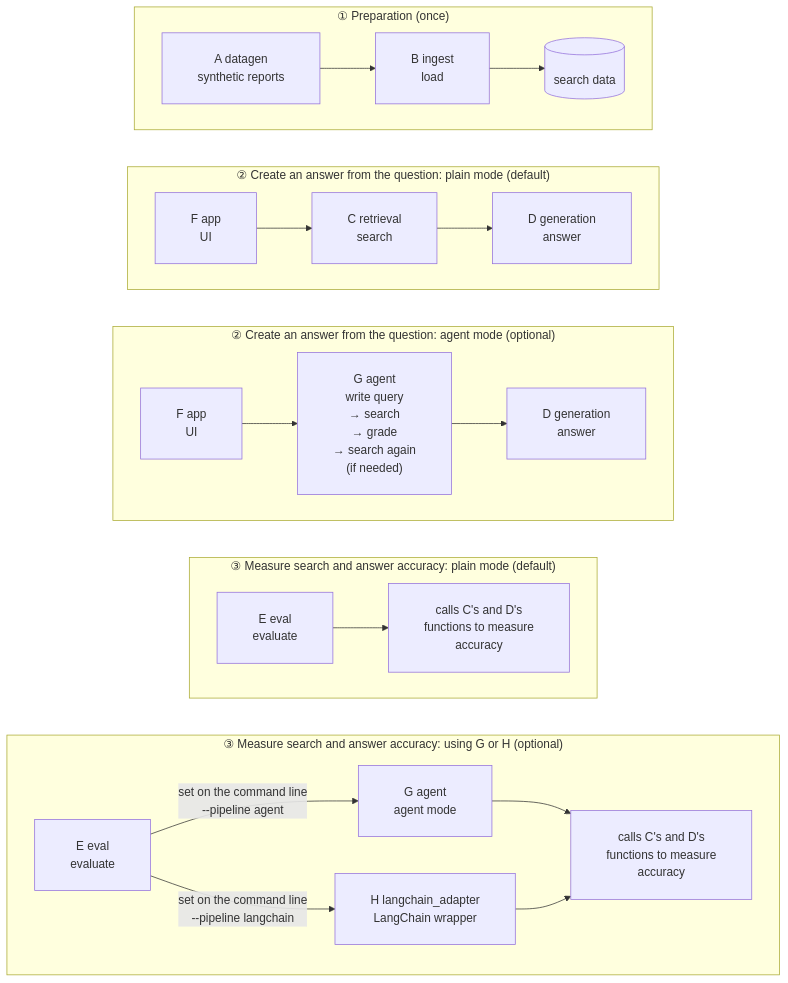
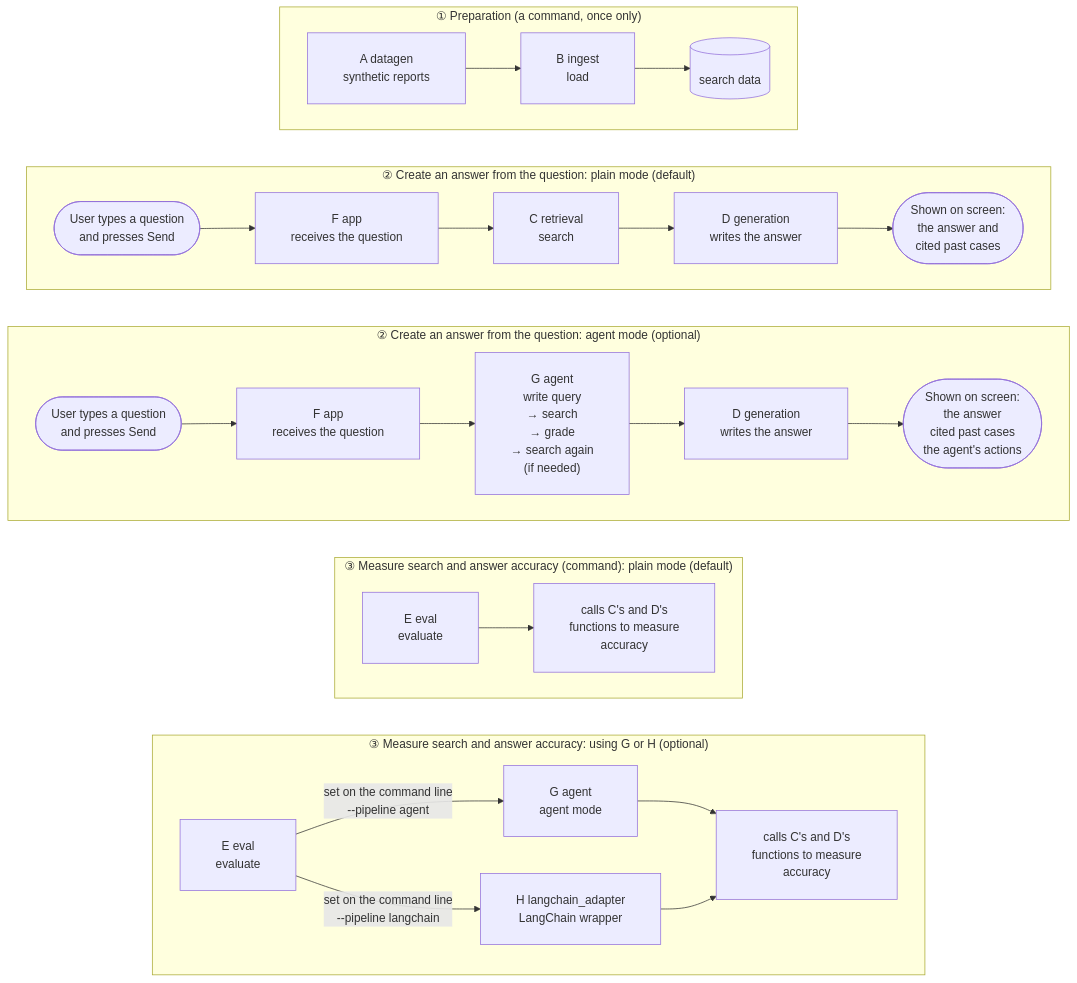
One commit to satoshi-abe-dev/silo-rag changed the first of 3 diagrams in README_en.md. Above: the diagram before and after it, drawn with Mermaid. The commit also changed other lines of this file and 1 other file, not shown here.

Commit message:
Map the answer diagram to what the user does on screen
The diagram showed only nodes, so it was not clear which screen action
starts it or what appears at the end. Box 2 now starts at 'the user types
a question and presses Send' and ends at what is shown on screen (the
answer, the cited past cases, and in agent mode the agent's actions).
Boxes 1 and 3 say they are run as commands.

````diff
--- a/README_en.md
+++ b/README_en.md
@@ -136,29 +136,29 @@
 ```mermaid
 %%{init: {"flowchart": {"padding": 24, "wrappingWidth": 400}}}%%
 graph TB
-    subgraph prep["① Preparation (once)"]
+    subgraph prep["① Preparation (a command, once only)"]
         direction LR
         A["A datagen<br/>synthetic reports"] --> B["B ingest<br/>load"] --> DB[("search data")]
     end
     subgraph plain["② Create an answer from the question: plain mode (default)"]
         direction LR
-        F1["F app<br/>UI"] --> C1["C retrieval<br/>search"] --> D1["D generation<br/>answer"]
+        U1(["User types a question<br/>and presses Send"]) --> F1["F app<br/>receives the question"] --> C1["C retrieval<br/>search"] --> D1["D generation<br/>writes the answer"] --> R1(["Shown on screen:<br/>the answer and<br/>cited past cases"])
     end
     subgraph agent["② Create an answer from the question: agent mode (optional)"]
         direction LR
-        F2["F app<br/>UI"] --> G["G agent<br/>write query<br/>→ search<br/>→ grade<br/>→ search again<br/>(if needed)"] --> D2["D generation<br/>answer"]
+        U2(["User types a question<br/>and presses Send"]) --> F2["F app<br/>receives the question"] --> G["G agent<br/>write query<br/>→ search<br/>→ grade<br/>→ search again<br/>(if needed)"] --> D2["D generation<br/>writes the answer"] --> R2(["Shown on screen:<br/>the answer<br/>cited past cases<br/>the agent's actions"])
     end
-    subgraph ev["③ Measure search and answer accuracy: plain mode (default)"]
+    subgraph ev["③ Measure search and answer accuracy (command): plain mode (default)"]
         direction LR
         E1["E eval<br/>evaluate"] --> CD1["calls C's and D's<br/>functions to measure<br/>accuracy"]
     end
     subgraph ev2["③ Measure search and answer accuracy: using G or H (optional)"]
         direction LR
         E2["E eval<br/>evaluate"] -->|"set on the command line<br/>--pipeline agent"| G2["G agent<br/>agent mode"] --> CD2["calls C's and D's<br/>functions to measure<br/>accuracy"]
         E2 -->|"set on the command line<br/>--pipeline langchain"| H["H langchain_adapter<br/>LangChain wrapper"] --> CD2
     end
     prep ~~~ plain
     plain ~~~ agent
     agent ~~~ ev
     ev ~~~ ev2
 ```
````
